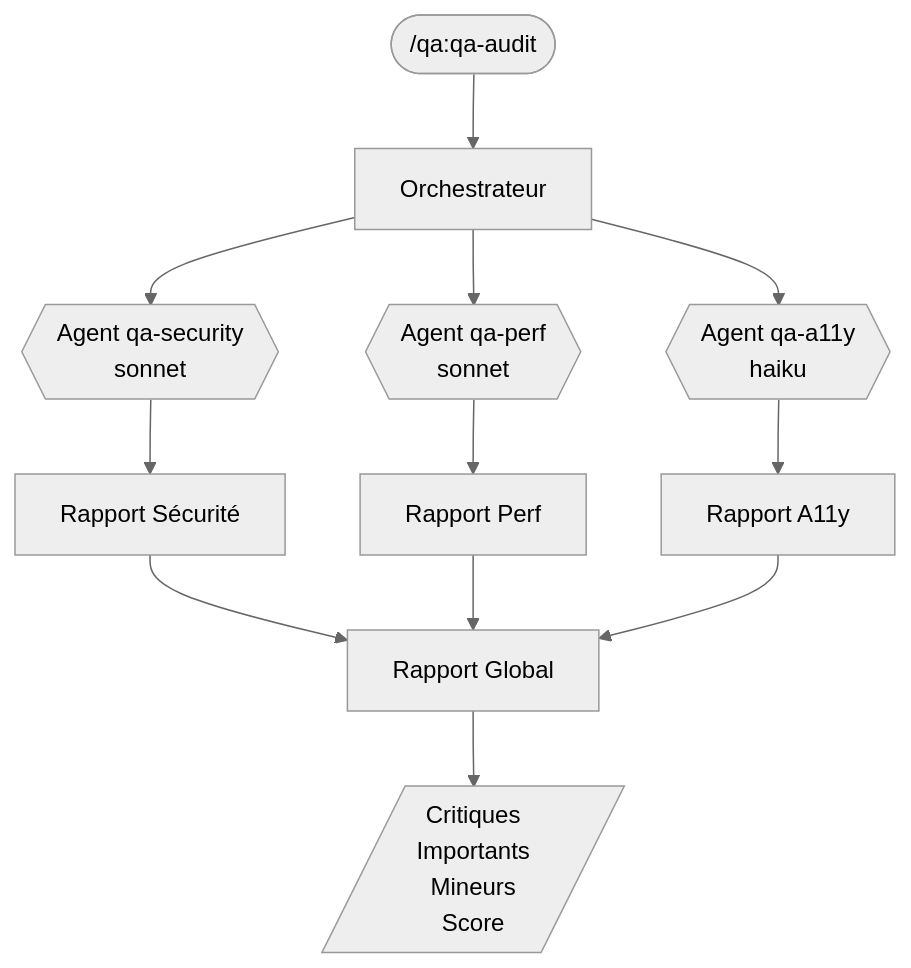
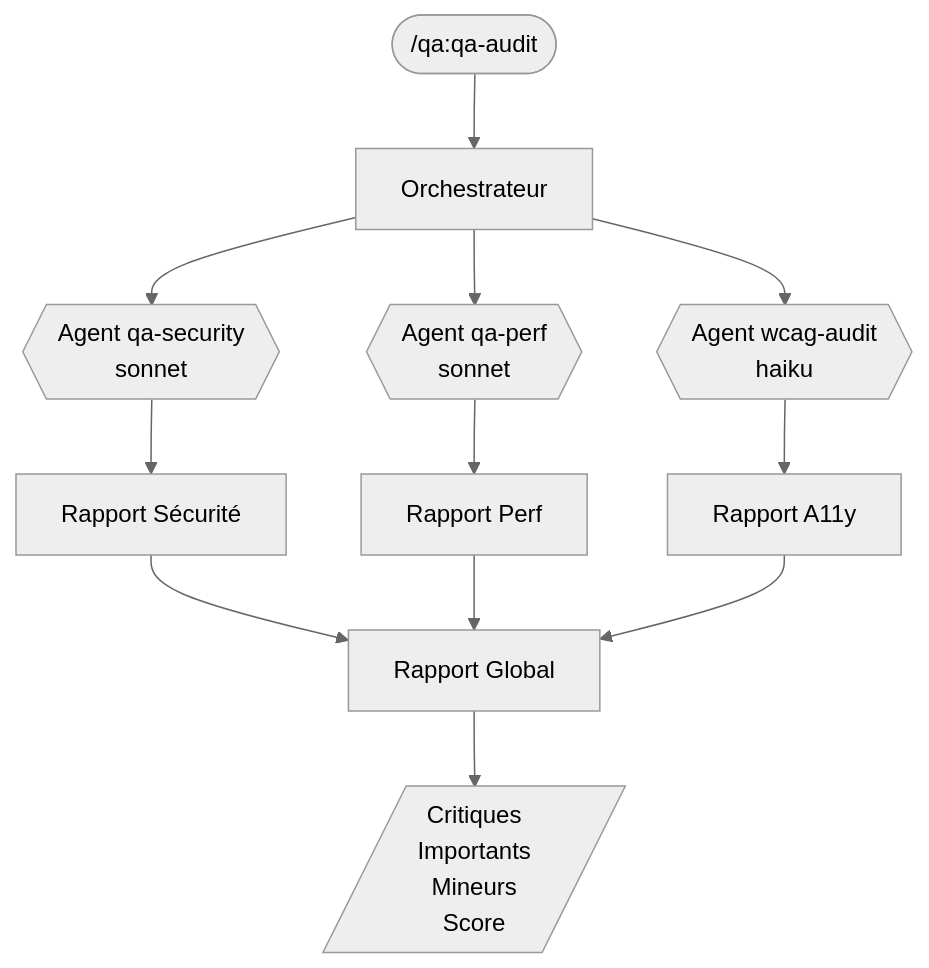
The fifth of 8 diagrams in docs/WORKFLOWS.md (christopherlouet/claude-base), drawn with Mermaid (neutral theme) before and after one commit. The commit also changed other lines of this file and 51 other files, not shown here.

First line of the commit message:
refactor(a11y): rename qa-a11y to wcag-audit across the entire codebase

````diff
--- a/docs/WORKFLOWS.md
+++ b/docs/WORKFLOWS.md
@@ -299,18 +299,18 @@
 ```mermaid
 flowchart TD
     AUDIT([/qa:qa-audit]) --> ORCHESTRATOR[Orchestrateur]
 
     ORCHESTRATOR --> SEC{{Agent qa-security<br/>sonnet}}
     ORCHESTRATOR --> PERF{{Agent qa-perf<br/>sonnet}}
-    ORCHESTRATOR --> A11Y{{Agent qa-a11y<br/>haiku}}
+    ORCHESTRATOR --> A11Y{{Agent wcag-audit<br/>haiku}}
 
     SEC --> RSEC[Rapport Sécurité]
     PERF --> RPERF[Rapport Perf]
     A11Y --> RA11Y[Rapport A11y]
 
     RSEC --> MERGE[Rapport Global]
     RPERF --> MERGE
     RA11Y --> MERGE
 
     MERGE --> REPORT[/Critiques\nImportants\nMineurs\nScore/]
 ```
````
